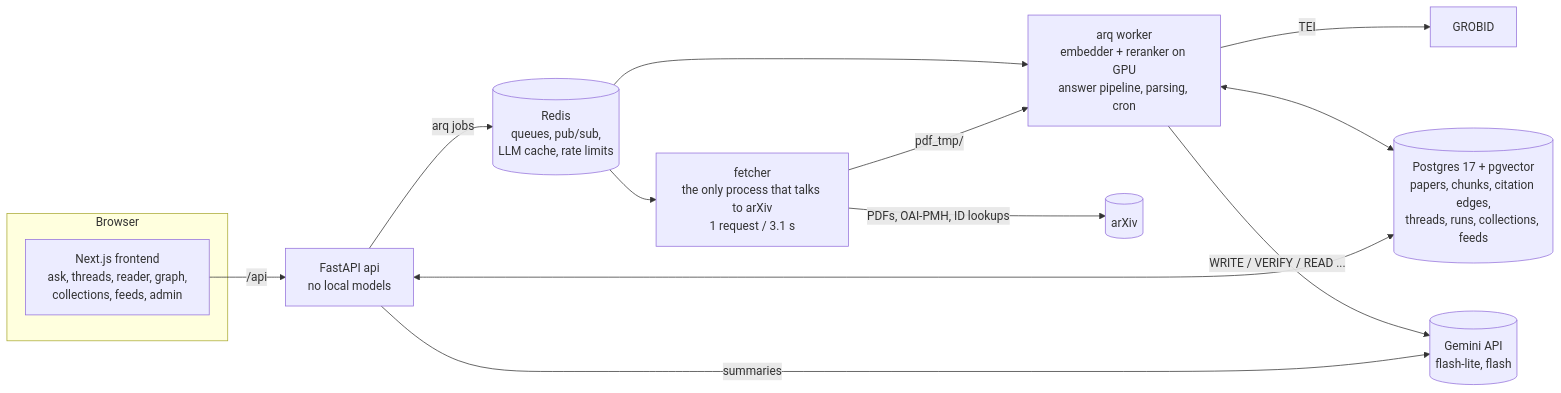
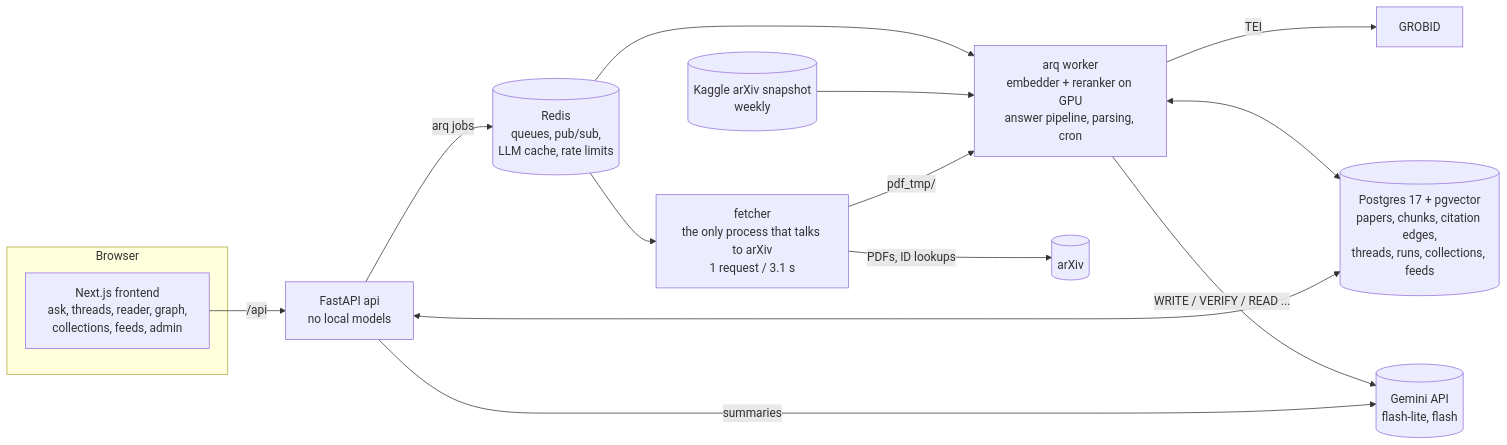
The first of 2 diagrams in README.md (Sounabha07/Research-Paper-Search-Engine), drawn with Mermaid before and after one commit. The commit also changed other lines of this file and 19 other files, not shown here.

First line of the commit message:
Milestone 8 (part 2): tagged questions, full retrieval eval, weekly Kaggle job, preprint status fixes

````diff
--- a/README.md
+++ b/README.md
@@ -32,17 +32,18 @@
 ```mermaid
 flowchart LR
     subgraph Browser
         UI[Next.js frontend<br/>ask, threads, reader, graph,<br/>collections, feeds, admin]
     end
     UI -- "/api" --> API[FastAPI api<br/>no local models]
     API -- "arq jobs" --> R[(Redis<br/>queues, pub/sub,<br/>LLM cache, rate limits)]
     R --> W[arq worker<br/>embedder + reranker on GPU<br/>answer pipeline, parsing, cron]
     R --> F[fetcher<br/>the only process that talks to arXiv<br/>1 request / 3.1 s]
-    F -- "PDFs, OAI-PMH, ID lookups" --> AX[(arXiv)]
+    F -- "PDFs, ID lookups" --> AX[(arXiv)]
+    KG[(Kaggle arXiv snapshot<br/>weekly)] --> W
     F -- "pdf_tmp/" --> W
     W -- "TEI" --> G[GROBID]
     W <--> PG[(Postgres 17 + pgvector<br/>papers, chunks, citation edges,<br/>threads, runs, collections, feeds)]
     API <--> PG
     W -- "WRITE / VERIFY / READ ..." --> GM[(Gemini API<br/>flash-lite, flash)]
     API -- "summaries" --> GM
 ```
````
